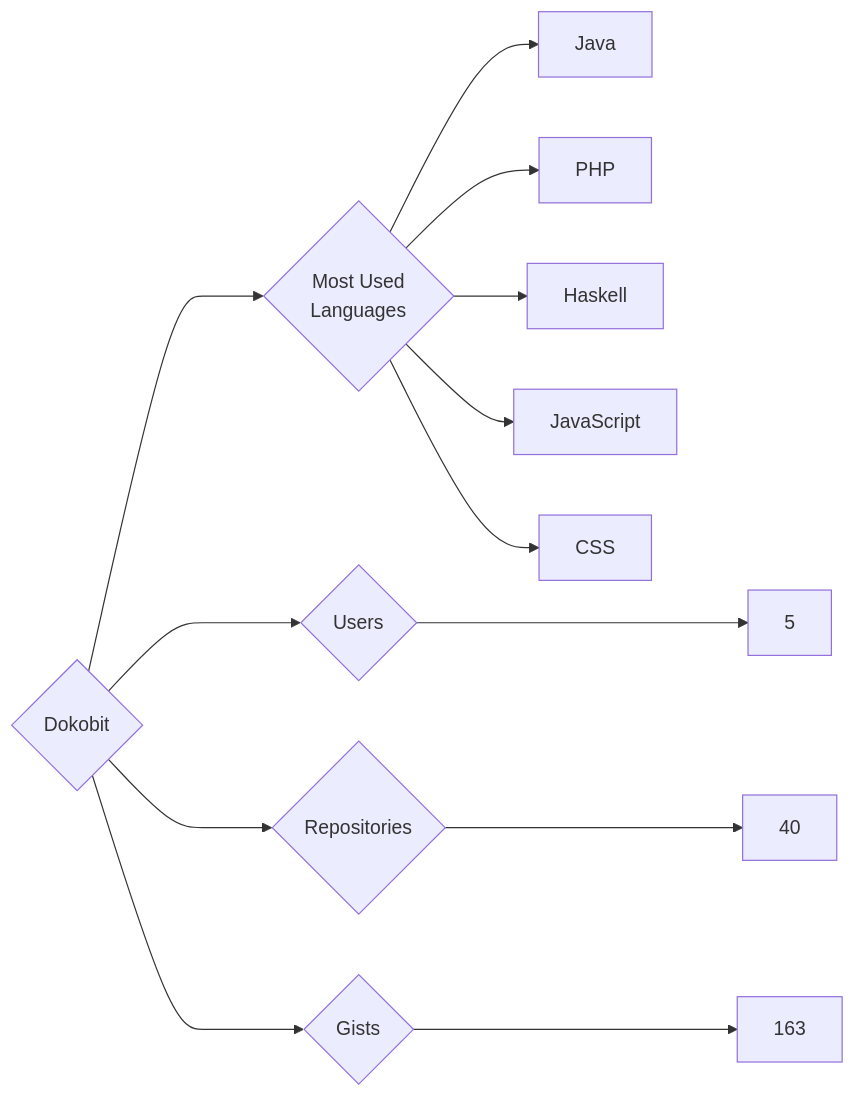
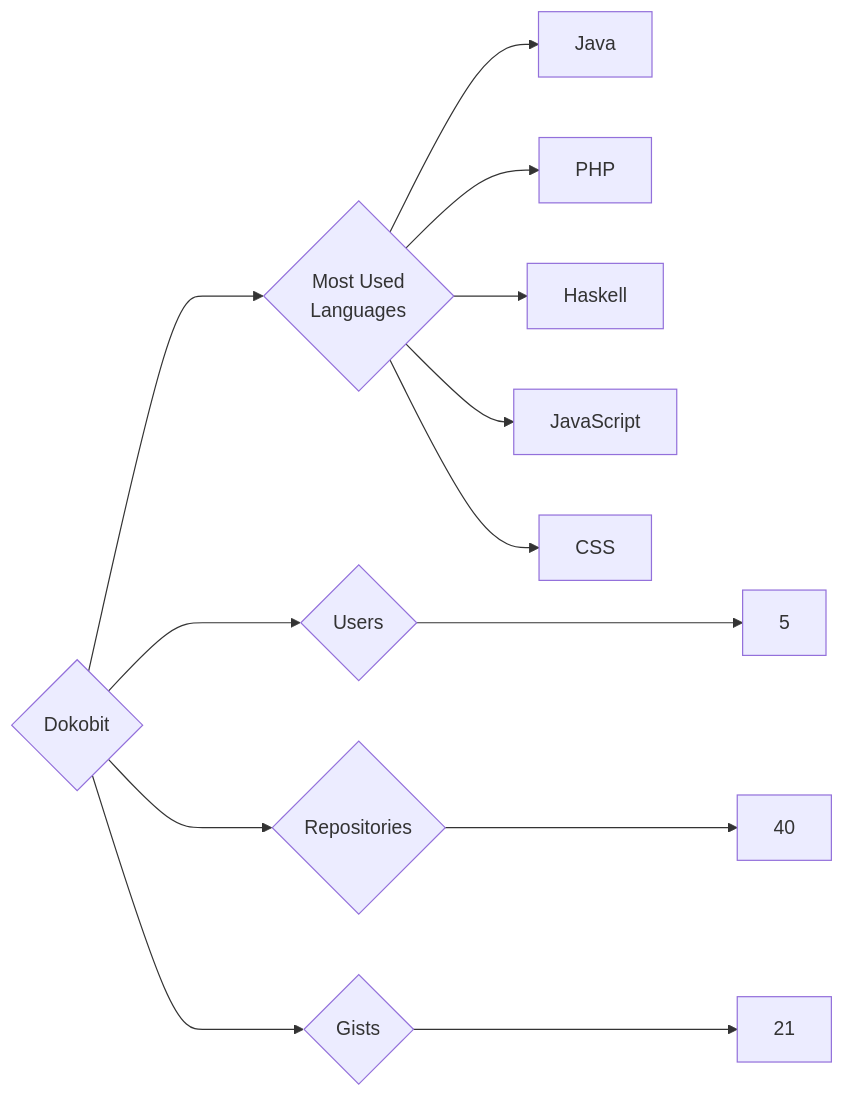
Before and after one commit to trickest/insiders: the diagram in targets/Dokobit/README.md, drawn with Mermaid. The commit also changed 924 other files, not shown here.

````diff
--- a/targets/Dokobit/README.md
+++ b/targets/Dokobit/README.md
@@ -3,13 +3,13 @@
 ```mermaid
 graph LR
 COMPANY_NAME{Dokobit}
 COMPANY_NAME ---> U{Users} ---> UN[5]
 COMPANY_NAME ---> R{Repositories} ---> RN[40]
-COMPANY_NAME ---> G{Gists} ---> GN[163]
+COMPANY_NAME ---> G{Gists} ---> GN[21]
 COMPANY_NAME ---> ML{Most Used<br>Languages}
 ML --> Java[Java]
 ML --> PHP[PHP]
 ML --> Haskell[Haskell]
 ML --> JavaScript[JavaScript]
 ML --> CSS[CSS]
 ```
````
